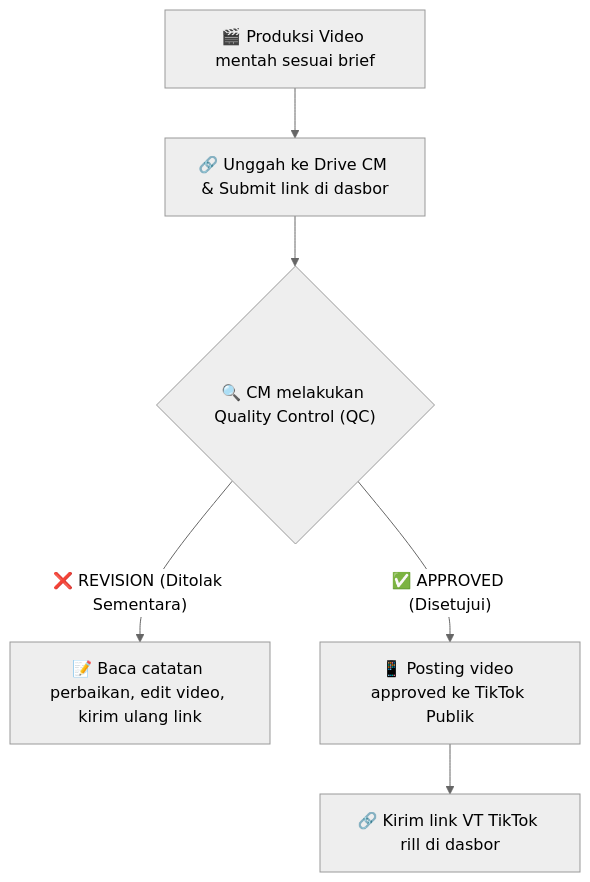
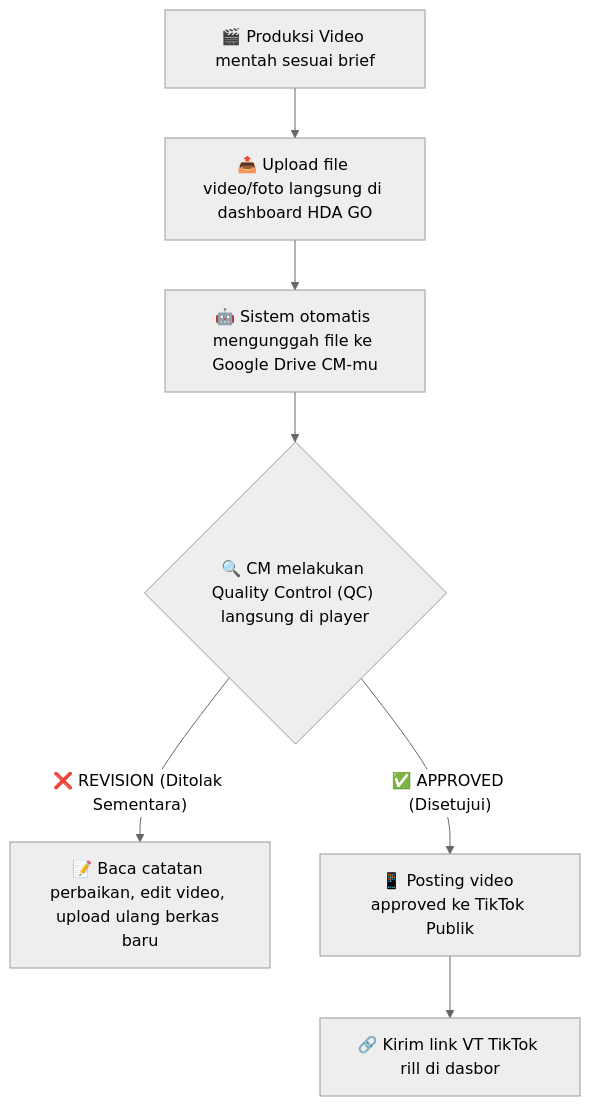
Before and after one commit to haluanitcore/HDA-GO-Dashboard-System: the second of 2 diagrams in MANUAL_GUIDE_CREATOR.md, drawn with Mermaid (neutral theme). The commit also changed other lines of this file and 1 other file, not shown here.

Commit message:
docs: update manual guides to reflect direct file upload and automated CM Drive sync features

````diff
--- a/MANUAL_GUIDE_CREATOR.md
+++ b/MANUAL_GUIDE_CREATOR.md
@@ -112,8 +112,9 @@
 ```mermaid
 graph TD
-    A["🎬 Produksi Video mentah sesuai brief"] --> B["🔗 Unggah ke Drive CM & Submit link di dasbor"]
-    B --> C{"🔍 CM melakukan Quality Control (QC)"}
-    C -- "❌ REVISION (Ditolak Sementara)" --> D["📝 Baca catatan perbaikan, edit video, kirim ulang link"]
-    C -- "✅ APPROVED (Disetujui)" --> E["📱 Posting video approved ke TikTok Publik"]
-    E --> F["🔗 Kirim link VT TikTok rill di dasbor"]
+    A["🎬 Produksi Video mentah sesuai brief"] --> B["📤 Upload file video/foto langsung di dashboard HDA GO"]
+    B --> C["🤖 Sistem otomatis mengunggah file ke Google Drive CM-mu"]
+    C --> D{"🔍 CM melakukan Quality Control (QC) langsung di player"}
+    D -- "❌ REVISION (Ditolak Sementara)" --> E["📝 Baca catatan perbaikan, edit video, upload ulang berkas baru"]
+    D -- "✅ APPROVED (Disetujui)" --> F["📱 Posting video approved ke TikTok Publik"]
+    F --> G["🔗 Kirim link VT TikTok rill di dasbor"]
 ```
````
